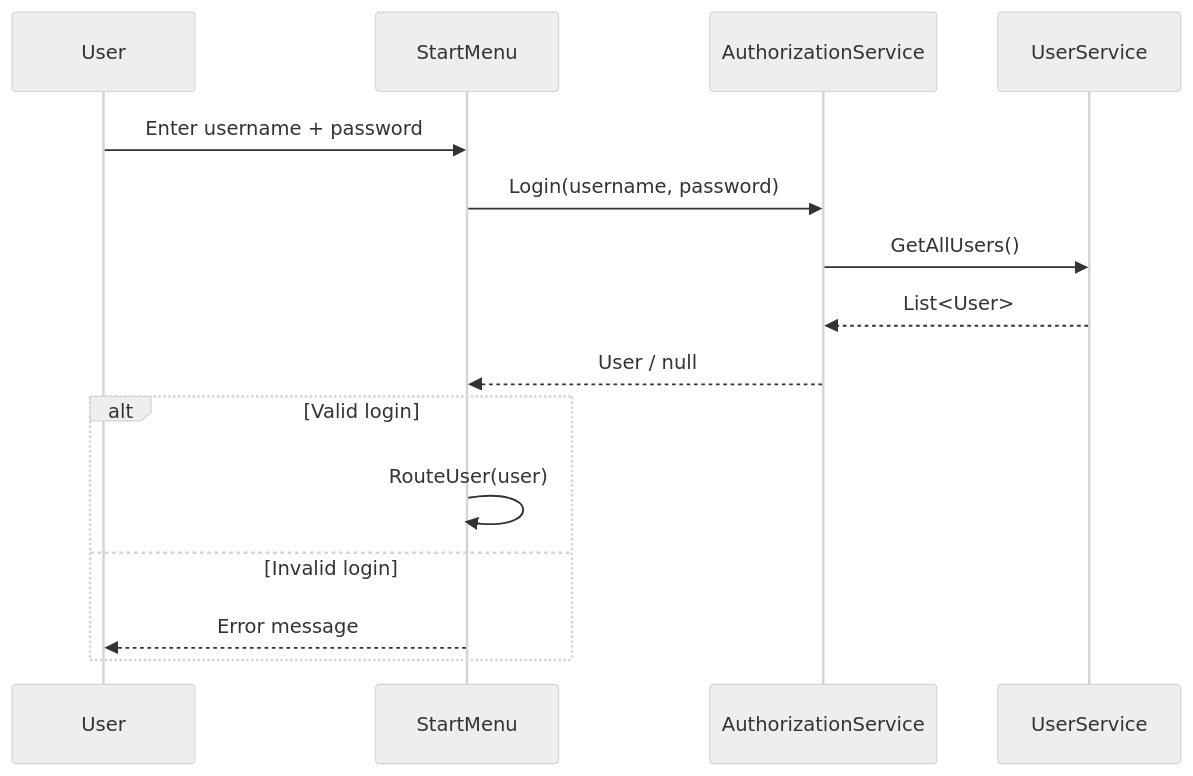
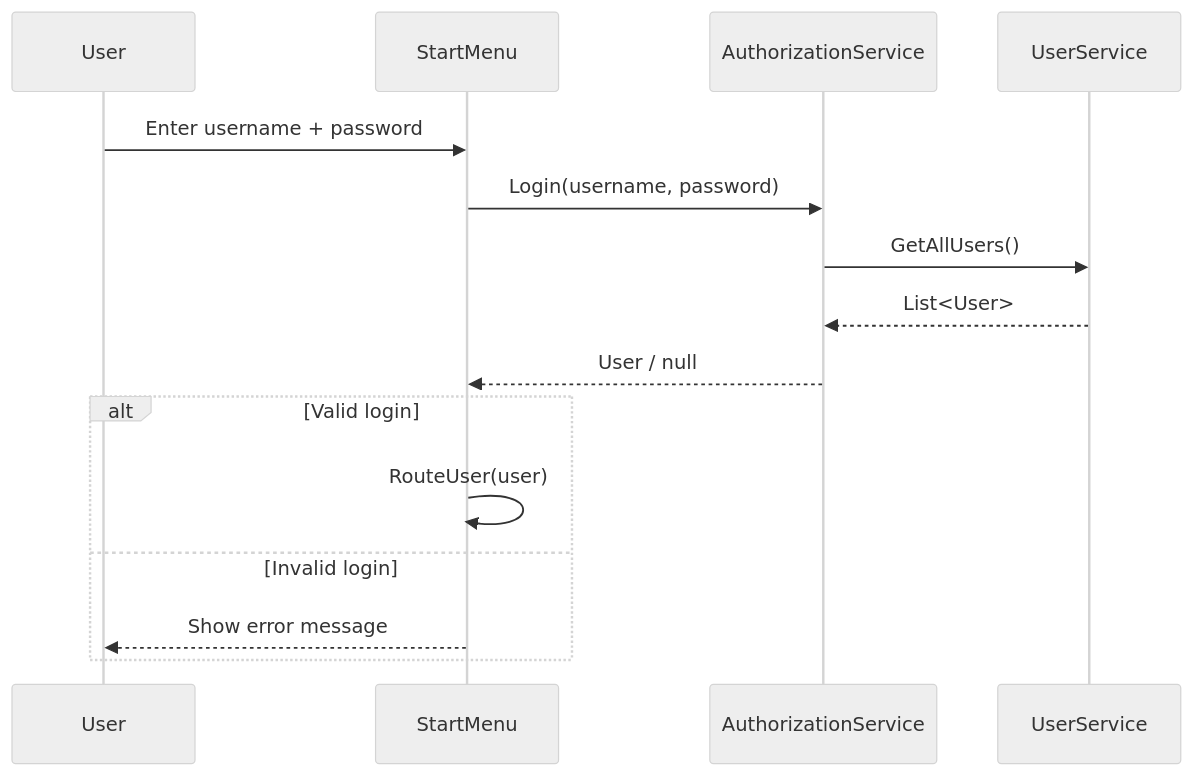
One commit to jaimemontanares/Uni-system changed the fourth of 5 diagrams in README.md. Above: the diagram before and after it, drawn with Mermaid (neutral theme). The commit also changed other lines of this file, not shown here.

First line of the commit message:
docs: comprehensive rewrite of README with diagrams and testing info

````diff
--- a/README.md
+++ b/README.md
@@ -118,20 +119,20 @@
 ```mermaid
 sequenceDiagram
     participant User
     participant StartMenu
     participant AuthorizationService
     participant UserService
 
     User->>StartMenu: Enter username + password
     StartMenu->>AuthorizationService: Login(username, password)
     AuthorizationService->>UserService: GetAllUsers()
     UserService-->>AuthorizationService: List<User>
 
     AuthorizationService-->>StartMenu: User / null
 
     alt Valid login
         StartMenu->>StartMenu: RouteUser(user)
     else Invalid login
-        StartMenu-->>User: Error message
+        StartMenu-->>User: Show error message
     end
 ```
````
